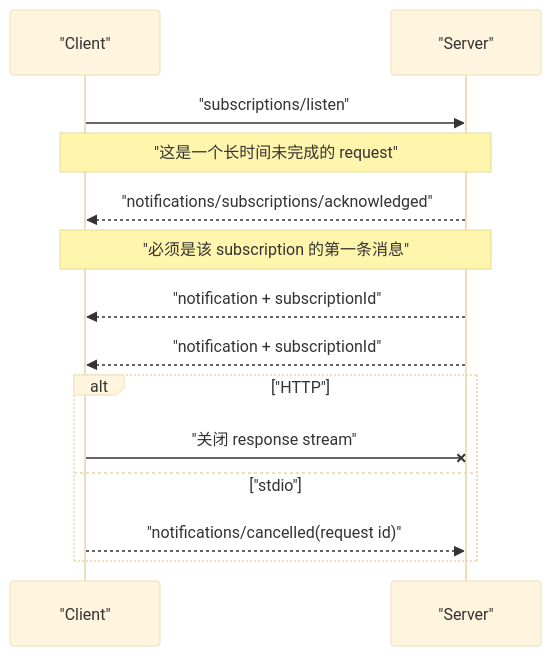
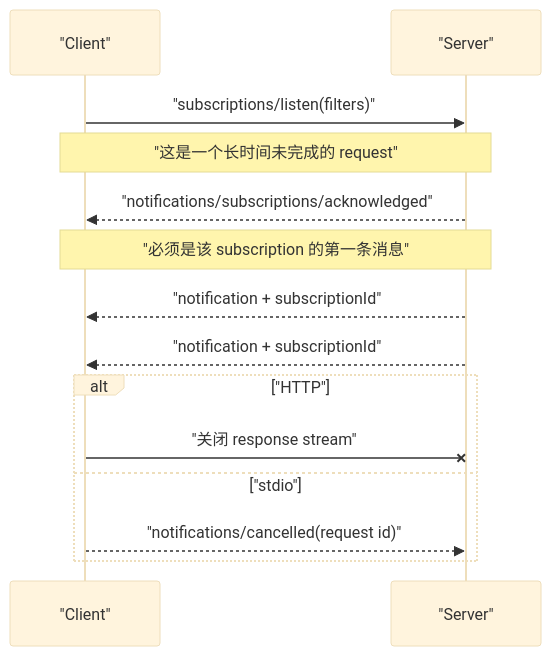
One commit to caiboyang/ML-learning changed diagram 23 of 27 in mcp-2.0/MCP_2_0_Research.md. Above: the diagram before and after it, drawn with Mermaid (base theme). The commit also changed other lines of this file and 2 other files, not shown here.

````diff
--- a/mcp-2.0/MCP_2_0_Research.md
+++ b/mcp-2.0/MCP_2_0_Research.md
@@ -2372,16 +2721,16 @@
 ```mermaid
 sequenceDiagram
     participant C as "Client"
     participant S as "Server"
-    C->>S: "subscriptions/listen"
+    C->>S: "subscriptions/listen(filters)"
     Note over C,S: "这是一个长时间未完成的 request"
     S-->>C: "notifications/subscriptions/acknowledged"
     Note over C,S: "必须是该 subscription 的第一条消息"
     S-->>C: "notification + subscriptionId"
     S-->>C: "notification + subscriptionId"
     alt "HTTP"
         C-xS: "关闭 response stream"
     else "stdio"
         C-->>S: "notifications/cancelled(request id)"
     end
 ```
````
